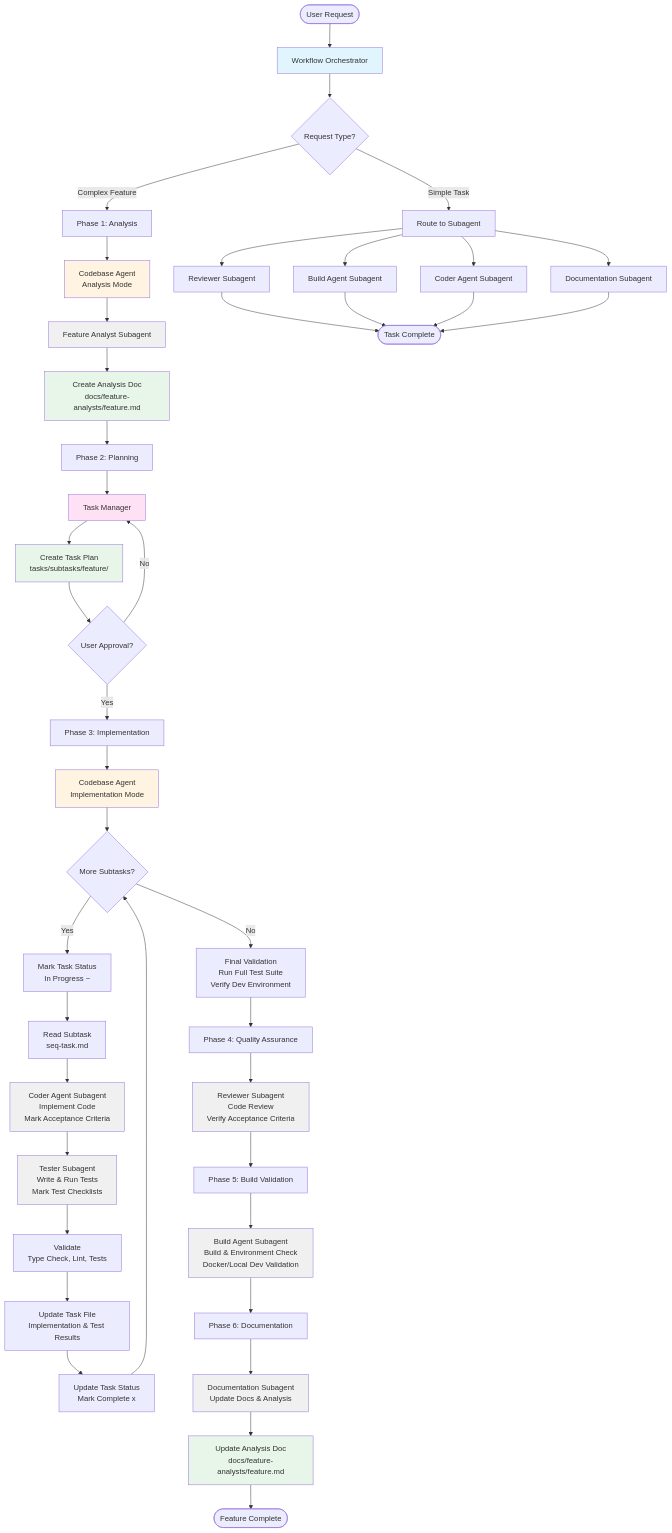
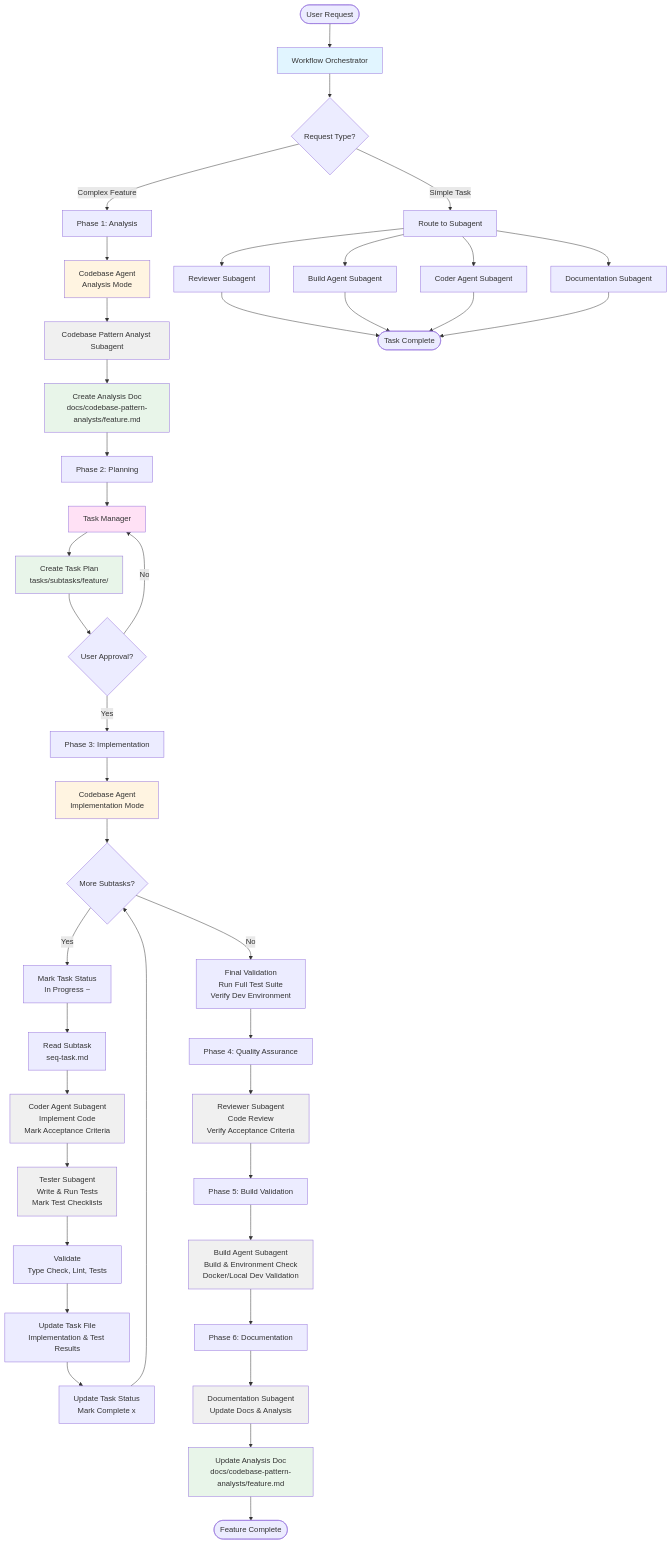
One commit to jesusidev/dotfiles changed the first of 3 diagrams in opencode/.config/opencode/workflow-diagram.md. Above: the diagram before and after it, drawn with Mermaid. The commit also changed other lines of this file and 8 other files, not shown here.

First line of the commit message:
fix(opencode): revert to codebase-pattern-analyst to match OpenCode subagent types

````diff
--- a/opencode/.config/opencode/workflow-diagram.md
+++ b/opencode/.config/opencode/workflow-diagram.md
@@ -5,71 +5,71 @@
 ```mermaid
 flowchart TD
     Start([User Request]) --> Orchestrator[Workflow Orchestrator]
     
     Orchestrator --> Decision{Request Type?}
     
     Decision -->|Simple Task| SimpleRoute[Route to Subagent]
     SimpleRoute --> Review[Reviewer Subagent]
     SimpleRoute --> Build[Build Agent Subagent]
     SimpleRoute --> Coder[Coder Agent Subagent]
     SimpleRoute --> Docs[Documentation Subagent]
     
     Decision -->|Complex Feature| Phase1[Phase 1: Analysis]
     
     Phase1 --> CodebaseAnalysis[Codebase Agent<br/>Analysis Mode]
-    CodebaseAnalysis --> FeatureAnalyst[Feature Analyst Subagent]
-    FeatureAnalyst --> AnalysisDoc[Create Analysis Doc<br/>docs/feature-analysts/feature.md]
+    CodebaseAnalysis --> FeatureAnalyst[Codebase Pattern Analyst Subagent]
+    FeatureAnalyst --> AnalysisDoc[Create Analysis Doc<br/>docs/codebase-pattern-analysts/feature.md]
     
     AnalysisDoc --> Phase2[Phase 2: Planning]
     Phase2 --> TaskManager[Task Manager]
     TaskManager --> TaskPlan[Create Task Plan<br/>tasks/subtasks/feature/]
     TaskPlan --> Approval{User Approval?}
     
     Approval -->|No| TaskManager
     Approval -->|Yes| Phase3[Phase 3: Implementation]
     
     Phase3 --> CodebaseImpl[Codebase Agent<br/>Implementation Mode]
     
     CodebaseImpl --> SubtaskLoop{More Subtasks?}
     
     SubtaskLoop -->|Yes| MarkStarted[Mark Task Status<br/>In Progress ~]
     MarkStarted --> ReadSubtask[Read Subtask<br/>seq-task.md]
     ReadSubtask --> CoderAgent[Coder Agent Subagent<br/>Implement Code<br/>Mark Acceptance Criteria]
     CoderAgent --> TesterAgent[Tester Subagent<br/>Write & Run Tests<br/>Mark Test Checklists]
     TesterAgent --> Validate[Validate<br/>Type Check, Lint, Tests]
     Validate --> UpdateTask[Update Task File<br/>Implementation & Test Results]
     UpdateTask --> UpdateStatus[Update Task Status<br/>Mark Complete x]
     UpdateStatus --> SubtaskLoop
     
     SubtaskLoop -->|No| FinalValidation[Final Validation<br/>Run Full Test Suite<br/>Verify Dev Environment]
     FinalValidation --> Phase4[Phase 4: Quality Assurance]
     
     Phase4 --> ReviewerAgent[Reviewer Subagent<br/>Code Review<br/>Verify Acceptance Criteria]
     ReviewerAgent --> Phase5[Phase 5: Build Validation]
     
     Phase5 --> BuildAgent[Build Agent Subagent<br/>Build & Environment Check<br/>Docker/Local Dev Validation]
     BuildAgent --> Phase6[Phase 6: Documentation]
     
     Phase6 --> DocsAgent[Documentation Subagent<br/>Update Docs & Analysis]
-    DocsAgent --> UpdatePatterns[Update Analysis Doc<br/>docs/feature-analysts/feature.md]
+    DocsAgent --> UpdatePatterns[Update Analysis Doc<br/>docs/codebase-pattern-analysts/feature.md]
     UpdatePatterns --> Complete([Feature Complete])
     
     Review --> SimpleComplete([Task Complete])
     Build --> SimpleComplete
     Coder --> SimpleComplete
     Docs --> SimpleComplete
     
     style Orchestrator fill:#e1f5ff
     style CodebaseAnalysis fill:#fff4e1
     style TaskManager fill:#ffe1f5
     style CodebaseImpl fill:#fff4e1
     style FeatureAnalyst fill:#f0f0f0
     style CoderAgent fill:#f0f0f0
     style TesterAgent fill:#f0f0f0
     style ReviewerAgent fill:#f0f0f0
     style BuildAgent fill:#f0f0f0
     style DocsAgent fill:#f0f0f0
     style AnalysisDoc fill:#e8f5e9
     style TaskPlan fill:#e8f5e9
     style UpdatePatterns fill:#e8f5e9
 ```
````
